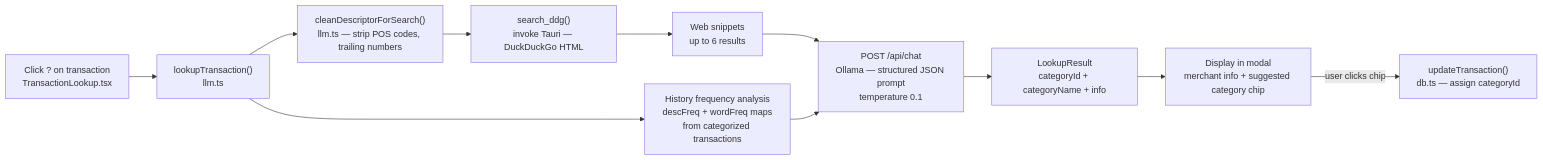
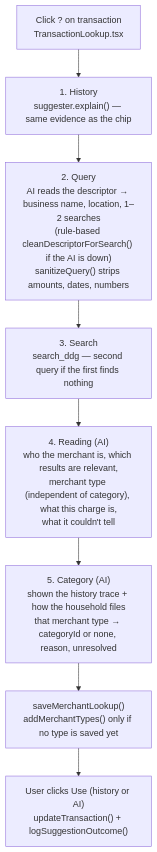
One commit to Kll7Ordin/kestl changed the second of 3 diagrams in docs/flows/ai-features.md. Above: the diagram before and after it, drawn with Mermaid. The commit also changed other lines of this file and 14 other files, not shown here.

````diff
--- a/docs/flows/ai-features.md
+++ b/docs/flows/ai-features.md
@@ -36,13 +36,10 @@
 ```mermaid
-flowchart LR
-    A["Click ? on transaction\nTransactionLookup.tsx"] --> B["lookupTransaction()\nllm.ts"]
-    B --> C["cleanDescriptorForSearch()\nllm.ts — strip POS codes, trailing numbers"]
-    C --> D["search_ddg()\ninvoke Tauri — DuckDuckGo HTML"]
-    D --> E["Web snippets\nup to 6 results"]
-    B --> F["History frequency analysis\ndescFreq + wordFreq maps\nfrom categorized transactions"]
-    E --> G["POST /api/chat\nOllama — structured JSON prompt\ntemperature 0.1"]
-    F --> G
-    G --> H["LookupResult\ncategoryId + categoryName + info"]
-    H --> I["Display in modal\nmerchant info + suggested category chip"]
-    I -->|"user clicks chip"| J["updateTransaction()\ndb.ts — assign categoryId"]
+flowchart TD
+    A["Click ? on transaction\nTransactionLookup.tsx"] --> H["1. History\nsuggester.explain() — same evidence as the chip"]
+    H --> Q["2. Query\nAI reads the descriptor → business name, location, 1–2 searches\n(rule-based cleanDescriptorForSearch() if the AI is down)\nsanitizeQuery() strips amounts, dates, numbers"]
+    Q --> S["3. Search\nsearch_ddg — second query if the first finds nothing"]
+    S --> R["4. Reading (AI)\nwho the merchant is, which results are relevant,\nmerchant type (independent of category), what this charge is,\nwhat it couldn't tell"]
+    R --> C["5. Category (AI)\nshown the history trace + how the household files\nthat merchant type → categoryId or none, reason, unresolved"]
+    C --> SV["saveMerchantLookup()\naddMerchantTypes() only if no type is saved yet"]
+    SV --> U["User clicks Use (history or AI)\nupdateTransaction() + logSuggestionOutcome()"]
 ```
````
